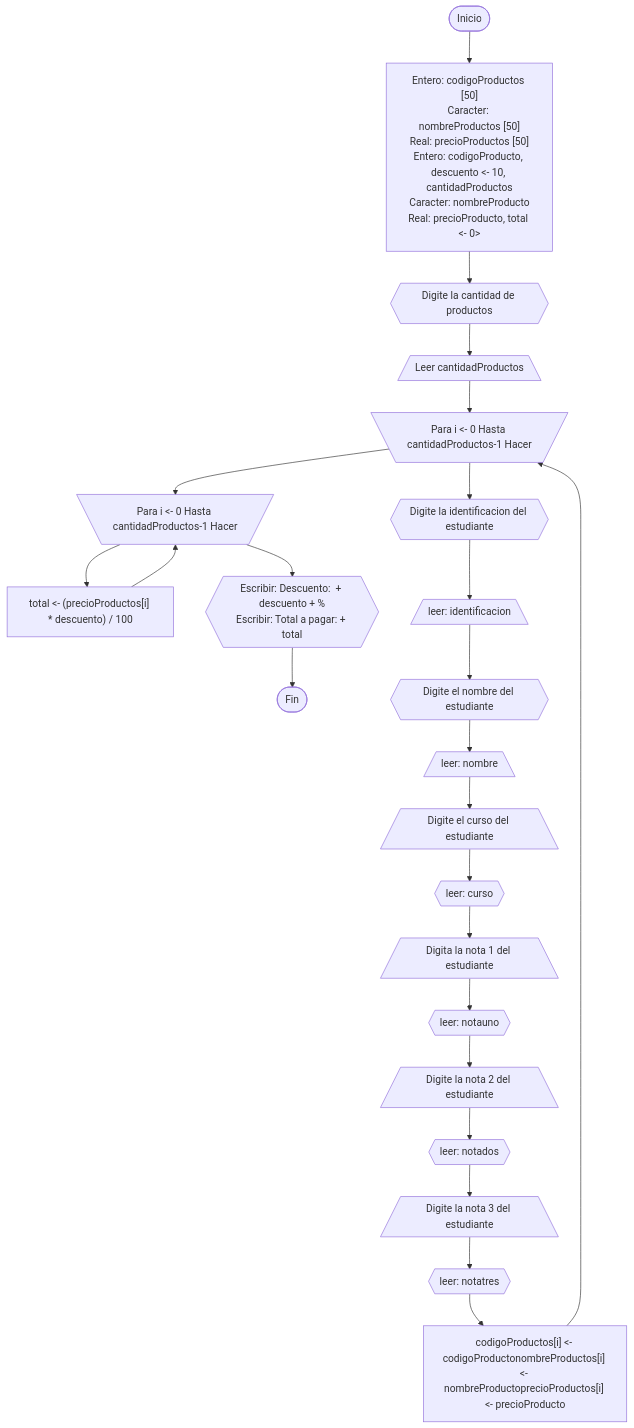
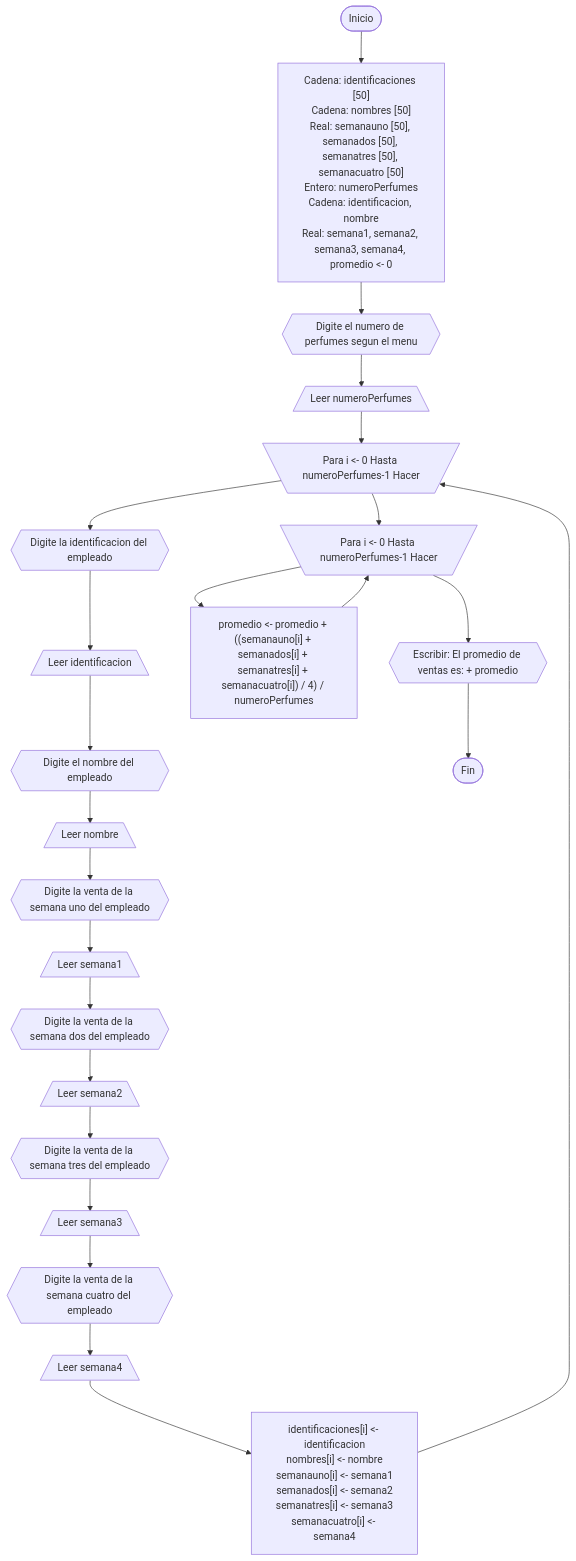
Before and after one commit to JuanesB2f/JuanesB2f: the diagram in README.md, drawn with Mermaid. The commit also changed other lines of this file, not shown here.

````diff
--- a/README.md
+++ b/README.md
@@ -66,11 +66,10 @@
 ```mermaid
 flowchart TD;
-    A([Inicio]) --> B["Entero: codigoProductos [50]<br>Caracter: nombreProductos [50]<br>Real: precioProductos [50]<br>Entero: codigoProducto, descuento <- 10, cantidadProductos<br>Caracter: nombreProducto<br>Real: precioProducto, total <- 0>"] --> C{{Digite la cantidad de productos}} --> D[/Leer cantidadProductos\] --> E[\"Para i <- 0 Hasta cantidadProductos-1 Hacer"/];
-    E --> F[\"Para i <- 0 Hasta cantidadProductos-1 Hacer"/];
-    F --> G1["total <- (precioProductos[i] * descuento) / 100"];
-    G1 --> F;
-    F --> H1{{"Escribir: Descuento:  + descuento + %<br>Escribir: Total a pagar: + total"}} --> I1([Fin]);
-    G["codigoProductos[i] <- codigoProductonombreProductos[i] <- nombreProductoprecioProductos[i] <- precioProducto"] --> E
-    E --> H{{Digite la identificacion del estudiante}} --> I[/leer: identificacion\] --> J{{Digite el nombre del estudiante}} --> K[/leer: nombre\] --> L[/Digite el curso del estudiante\] --> M{{leer: curso}} --> N[/Digita la nota 1 del estudiante\] --> O{{leer: notauno}} --> P[/Digite la nota 2 del estudiante\] --> Q{{leer: notados}} --> R[/Digite la nota 3 del estudiante\] --> S{{leer: notatres}};
-    S --> G;
-```
+    A([Inicio]) --> B["Cadena: identificaciones [50]<br>Cadena: nombres [50]<br>Real: semanauno [50], semanados [50], semanatres [50], semanacuatro [50]<br>Entero: numeroPerfumes<br>Cadena: identificacion, nombre<br>Real: semana1, semana2, semana3, semana4, promedio <- 0"];
+    B --> C{{Digite el numero de perfumes segun el menu}} --> D[/Leer numeroPerfumes\] --> E[\"Para i <- 0 Hasta numeroPerfumes-1 Hacer"/];
+    E --> F{{Digite la identificacion del empleado}} --> G[/Leer identificacion\] --> H{{Digite el nombre del empleado}} --> I[/Leer nombre\] --> J{{Digite la venta de la semana uno del empleado}} --> K[/Leer semana1\] --> L{{Digite la venta de la semana dos del empleado}} --> M[/Leer semana2\] --> N{{Digite la venta de la semana tres del empleado}} --> O[/Leer semana3\] --> P{{Digite la venta de la semana cuatro del empleado}} --> Q[/Leer semana4\];
+    Q --> R["identificaciones[i] <- identificacion<br>nombres[i] <- nombre<br>semanauno[i] <- semana1<br>semanados[i] <- semana2<br>semanatres[i] <- semana3<br>semanacuatro[i] <- semana4"] --> E;
+    E --> S[\"Para i <- 0 Hasta numeroPerfumes-1 Hacer"/];
+    S --> T["promedio <- promedio + ((semanauno[i] + semanados[i] + semanatres[i] + semanacuatro[i]) / 4) / numeroPerfumes"] --> S;
+    S --> U{{Escribir: El promedio de ventas es: + promedio}} --> V([Fin]);
+  ```
````
